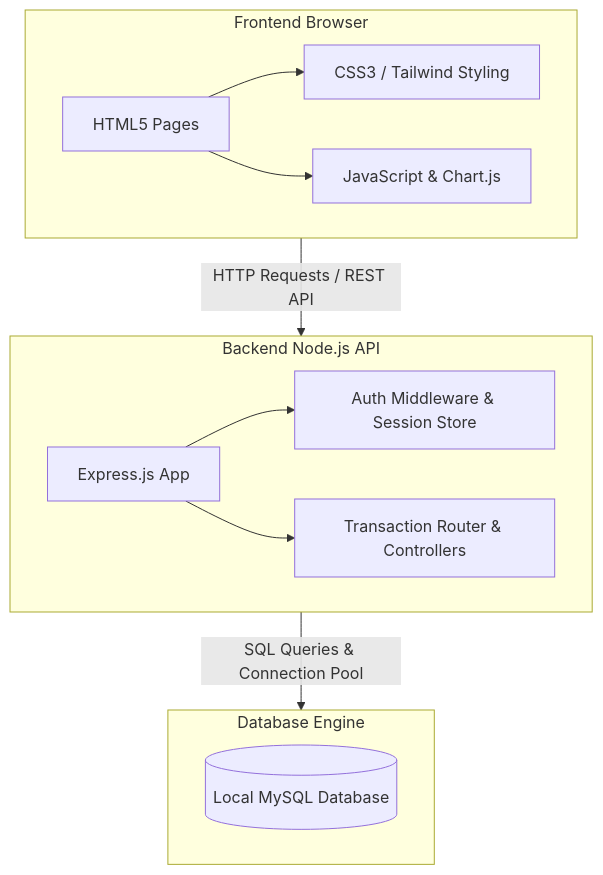
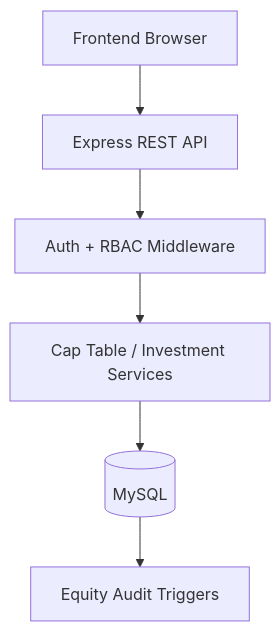
One commit to karvevaishnavi16/SFITS-Startup-funding-investor-tracking-system_DBMS changed the diagram in README.md. Above: the diagram before and after it, drawn with Mermaid. The commit also changed other lines of this file, not shown here.

````diff
--- a/README.md
+++ b/README.md
@@ -112,19 +113,15 @@
 ```mermaid
 graph TD
-    subgraph Client [Frontend Browser]
-        A[HTML5 Pages] --> B[CSS3 / Tailwind Styling]
-        A --> C[JavaScript & Chart.js]
-    end
+    Browser[Frontend Browser]
+    API[Express REST API]
+    Auth[Auth + RBAC Middleware]
+    Service[Cap Table / Investment Services]
+    DB[(MySQL)]
+    Audit[Equity Audit Triggers]
 
-    subgraph Server [Backend Node.js API]
-        D[Express.js App] --> E[Auth Middleware & Session Store]
-        D --> F[Transaction Router & Controllers]
-    end
-
-    subgraph Storage [Database Engine]
-        G[(Local MySQL Database)]
-    end
-
-    Client -- HTTP Requests / REST API --> Server
-    Server -- SQL Queries & Connection Pool --> Storage
+    Browser --> API
+    API --> Auth
+    Auth --> Service
+    Service --> DB
+    DB --> Audit
 ```
````
